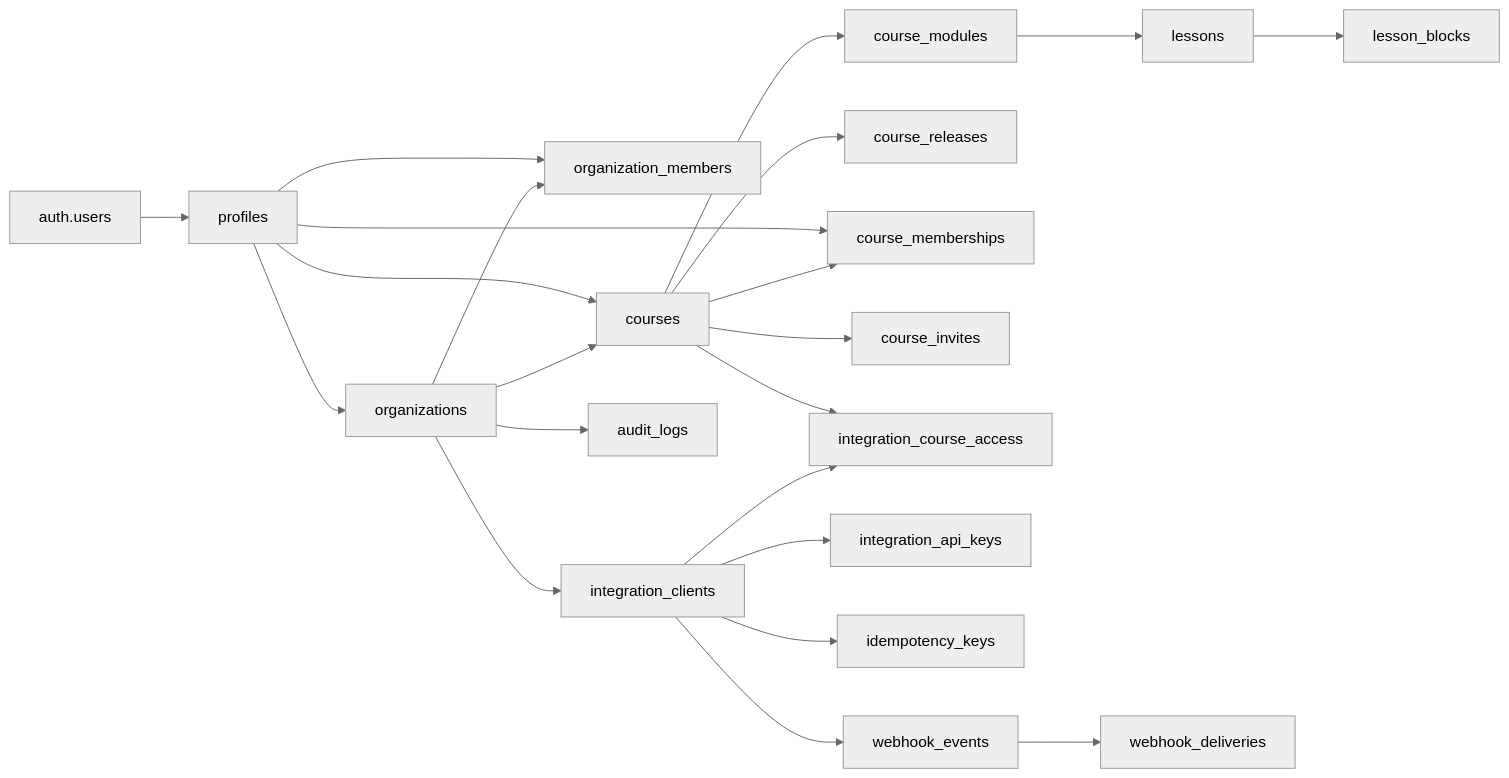
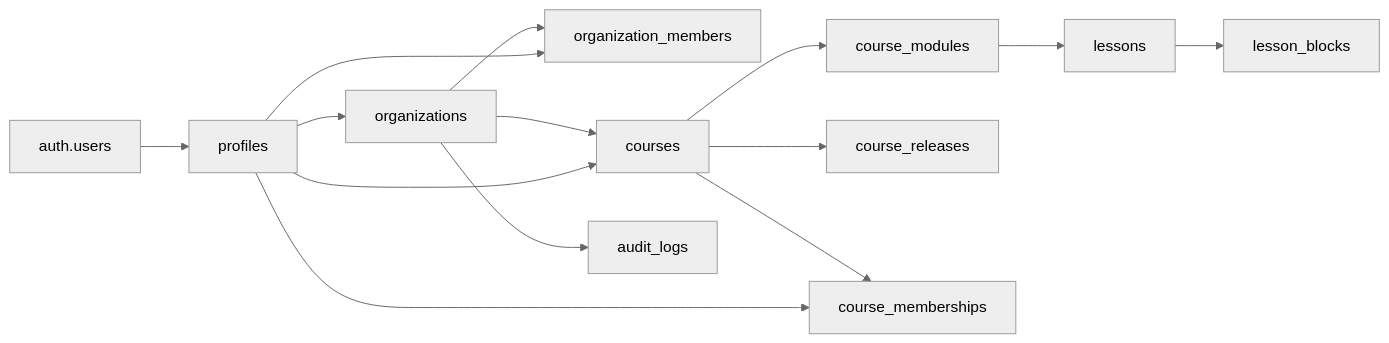
One commit to jimmy-neytron/courses changed the diagram in README.md. Above: the diagram before and after it, drawn with Mermaid (neutral theme). The commit also changed other lines of this file and 82 other files, not shown here.

````diff
--- a/README.md
+++ b/README.md
@@ -181,24 +184,16 @@
 ```mermaid
 flowchart LR
   AU["auth.users"] --> P["profiles"]
   P --> O["organizations"]
   O --> OM["organization_members"]
   P --> OM
   O --> C["courses"]
   P --> C
   C --> M["course_modules"]
   M --> L["lessons"]
   L --> B["lesson_blocks"]
   C --> R["course_releases"]
   C --> CM["course_memberships"]
   P --> CM
-  C --> CI["course_invites"]
-  O --> IC["integration_clients"]
-  IC --> ICA["integration_course_access"]
-  C --> ICA
-  IC --> K["integration_api_keys"]
-  IC --> IK["idempotency_keys"]
-  IC --> WE["webhook_events"]
-  WE --> WD["webhook_deliveries"]
   O --> AL["audit_logs"]
 ```
````
